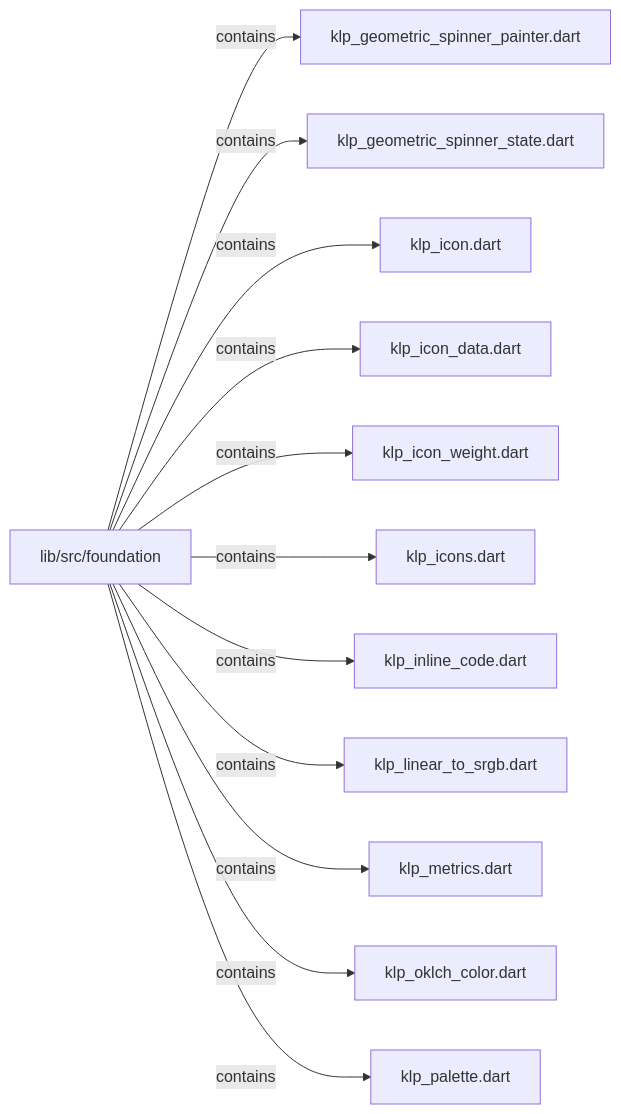
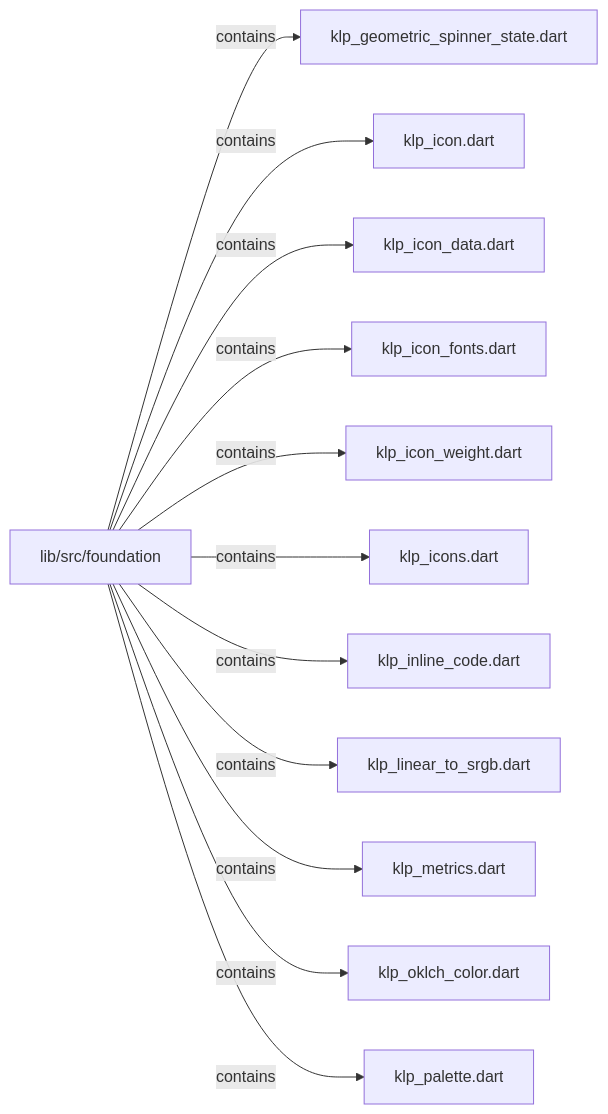
Before and after one commit to MiuDog/Kallopis: the third of 4 diagrams in docs/architecture/src/foundation/README.md, drawn with Mermaid. The commit also changed other lines of this file and 9688 other files, not shown here.

Commit message:
Prepare isolated Flow F2 peer baseline

````diff
--- a/docs/architecture/src/foundation/README.md
+++ b/docs/architecture/src/foundation/README.md
@@ -108,26 +109,26 @@
 ```mermaid
 flowchart LR
 	n0["lib/src/foundation"]
-	n1["klp_geometric_spinner_painter.dart"]
-	n2["klp_geometric_spinner_state.dart"]
-	n3["klp_icon.dart"]
-	n4["klp_icon_data.dart"]
+	n1["klp_geometric_spinner_state.dart"]
+	n2["klp_icon.dart"]
+	n3["klp_icon_data.dart"]
+	n4["klp_icon_fonts.dart"]
 	n5["klp_icon_weight.dart"]
 	n6["klp_icons.dart"]
 	n7["klp_inline_code.dart"]
 	n8["klp_linear_to_srgb.dart"]
 	n9["klp_metrics.dart"]
 	n10["klp_oklch_color.dart"]
 	n11["klp_palette.dart"]
 	n0 -->|"contains"| n1
 	n0 -->|"contains"| n2
 	n0 -->|"contains"| n3
 	n0 -->|"contains"| n4
 	n0 -->|"contains"| n5
 	n0 -->|"contains"| n6
 	n0 -->|"contains"| n7
 	n0 -->|"contains"| n8
 	n0 -->|"contains"| n9
 	n0 -->|"contains"| n10
 	n0 -->|"contains"| n11
 ```
````
